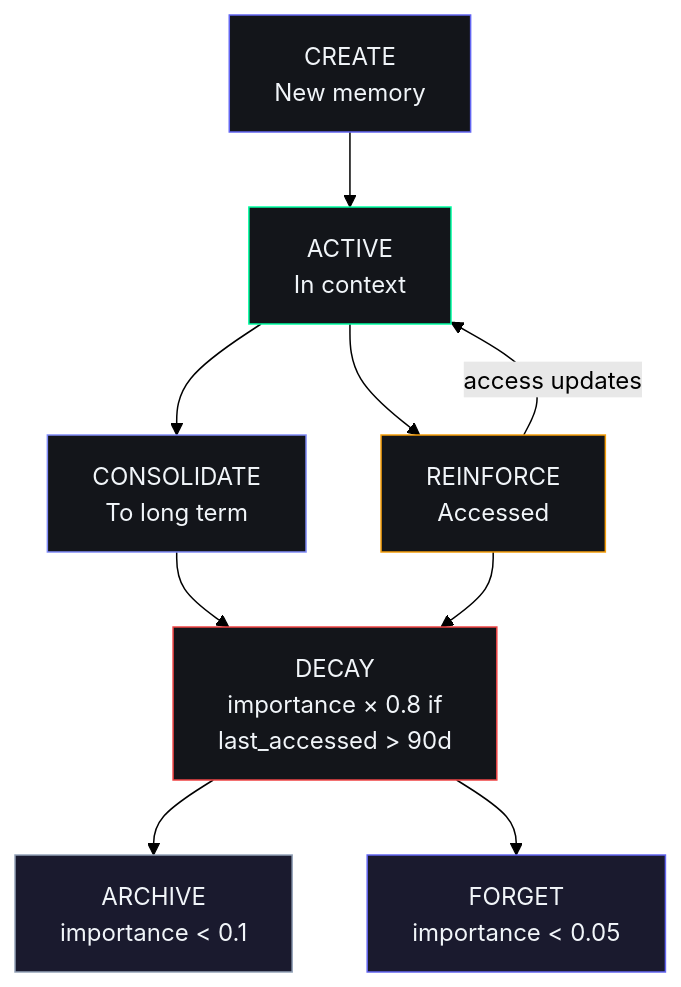
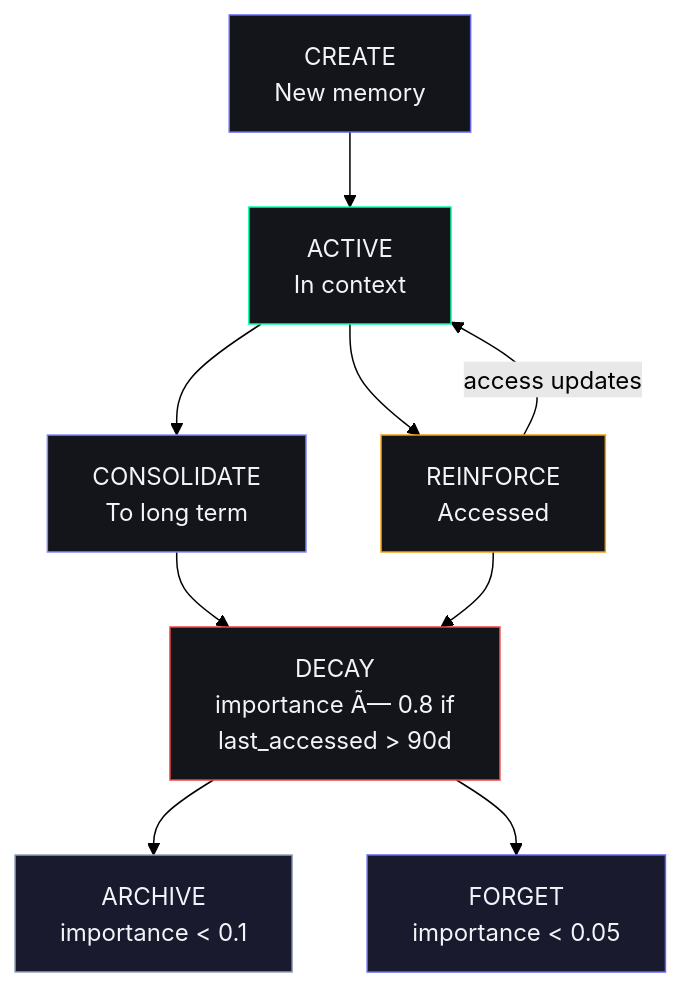
Before and after one commit to rohitkumarnaidu/ARIA-OS---SecondBrain-: the fifth of 5 diagrams in docs/ai/22_MemoryArchitecture.md, drawn with Mermaid (forest theme). The commit also changed other lines of this file and 9 other files, not shown here.

````diff
--- a/docs/ai/22_MemoryArchitecture.md
+++ b/docs/ai/22_MemoryArchitecture.md
@@ -1253,22 +1253,22 @@
 ```mermaid
 graph TD
     C[CREATE<br/>New memory] --> A[ACTIVE<br/>In context]
 
     A --> CON[CONSOLIDATE<br/>To long term]
     A --> R[REINFORCE<br/>Accessed]
     R -->|access updates| A
 
-    CON --> D[DECAY<br/>importance × 0.8 if<br/>last_accessed > 90d]
+    CON --> D[DECAY<br/>importance Ã— 0.8 if<br/>last_accessed > 90d]
     R --> D
 
     D --> AR[ARCHIVE<br/>importance < 0.1]
     D --> F[FORGET<br/>importance < 0.05]
 
     style C fill:#13151A,stroke:#6366F1,color:#F1F5F9
     style A fill:#13151A,stroke:#00FFA3,color:#F1F5F9
     style CON fill:#13151A,stroke:#818CF8,color:#F1F5F9
     style R fill:#13151A,stroke:#F59E0B,color:#F1F5F9
     style D fill:#13151A,stroke:#EF4444,color:#F1F5F9
     style AR fill:#1a1a2e,stroke:#94A3B8,color:#F1F5F9
     style F fill:#1a1a2e,stroke:#6366F1,color:#F1F5F9
 ```
````
